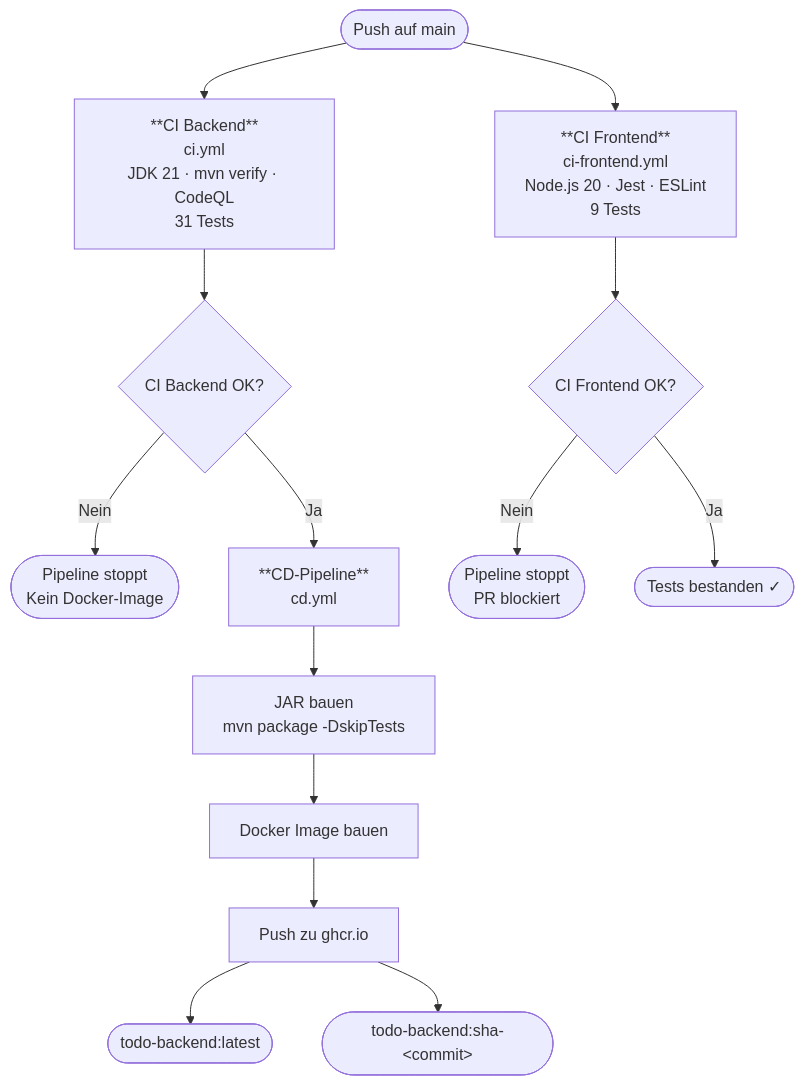
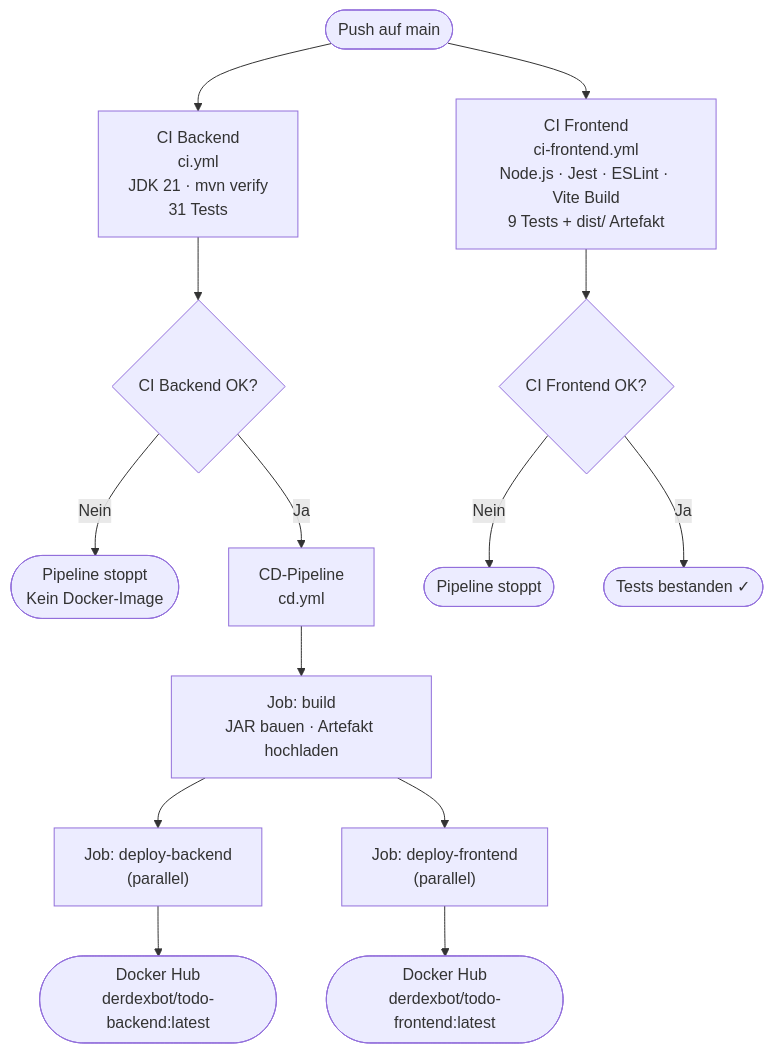
Before and after one commit to DerDexBot/Modul_324_DevOps: the first of 2 diagrams in backend/docs/CD/cd-dokumentation.md, drawn with Mermaid. The commit also changed other lines of this file and 3 other files, not shown here.

First line of the commit message:
docs: Docker Hub, Dockerfiles und docker-compose dokumentieren

````diff
--- a/backend/docs/CD/cd-dokumentation.md
+++ b/backend/docs/CD/cd-dokumentation.md
@@ -26,22 +26,22 @@
 ```mermaid
 flowchart TD
     A([Push auf main]) --> B & C
 
-    B["**CI Backend**\nci.yml\nJDK 21 · mvn verify · CodeQL\n31 Tests"]
-    C["**CI Frontend**\nci-frontend.yml\nNode.js 20 · Jest · ESLint\n9 Tests"]
+    B["CI Backend\nci.yml\nJDK 21 · mvn verify\n31 Tests"]
+    C["CI Frontend\nci-frontend.yml\nNode.js · Jest · ESLint · Vite Build\n9 Tests + dist/ Artefakt"]
 
     B --> D{CI Backend OK?}
     D -- Nein --> E([Pipeline stoppt\nKein Docker-Image])
-    D -- Ja --> F["**CD-Pipeline**\ncd.yml"]
+    D -- Ja --> F["CD-Pipeline\ncd.yml"]
 
     C --> G{CI Frontend OK?}
-    G -- Nein --> H([Pipeline stoppt\nPR blockiert])
+    G -- Nein --> H([Pipeline stoppt])
     G -- Ja --> I([Tests bestanden ✓])
 
-    F --> J[JAR bauen\nmvn package -DskipTests]
-    J --> K[Docker Image bauen]
-    K --> L[Push zu ghcr.io]
+    F --> J["Job: build\nJAR bauen · Artefakt hochladen"]
+    J --> K["Job: deploy-backend\n(parallel)"]
+    J --> L["Job: deploy-frontend\n(parallel)"]
 
-    L --> M([todo-backend:latest])
-    L --> N([todo-backend:sha-&lt;commit&gt;])
+    K --> M([Docker Hub\nderdexbot/todo-backend:latest])
+    L --> N([Docker Hub\nderdexbot/todo-frontend:latest])
 ```
````
